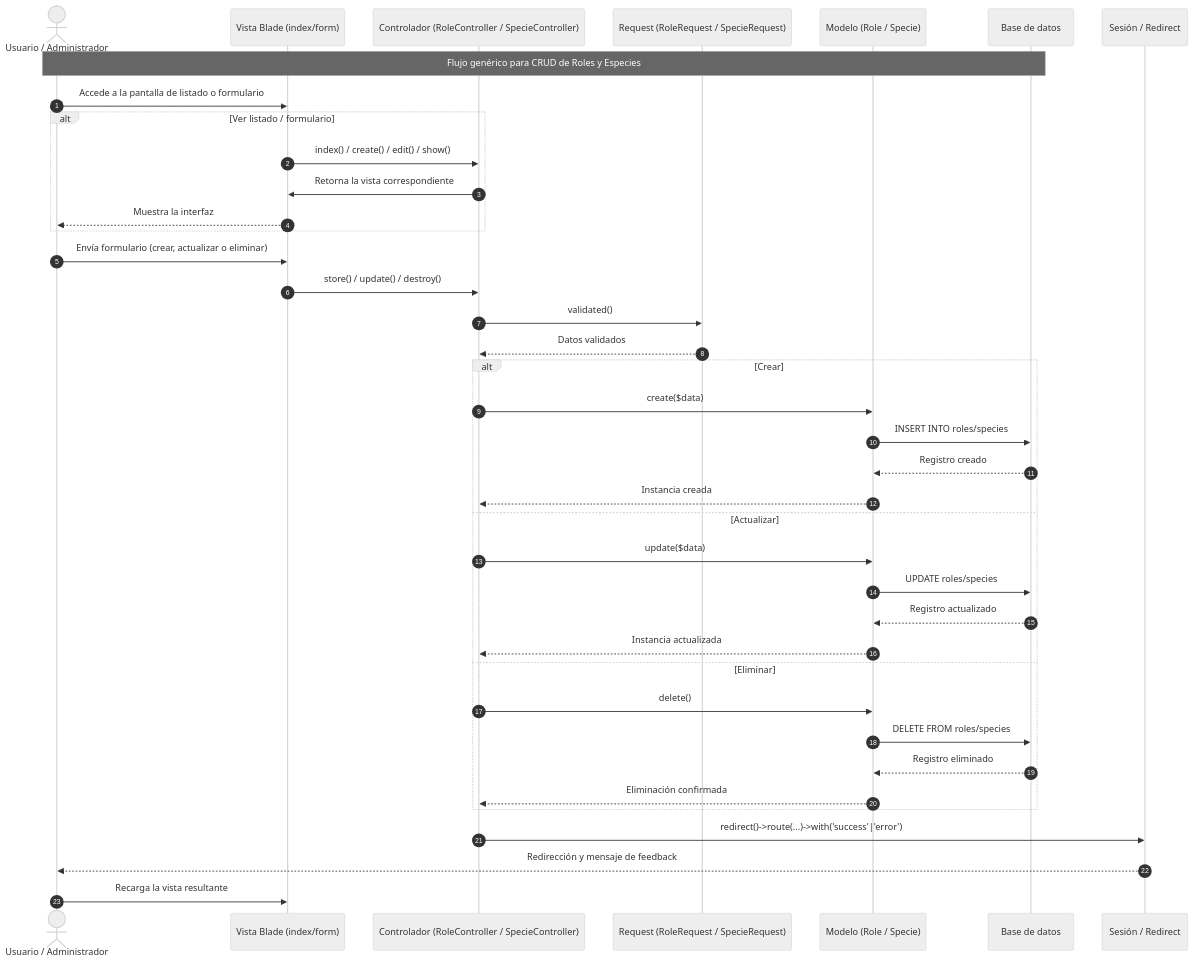
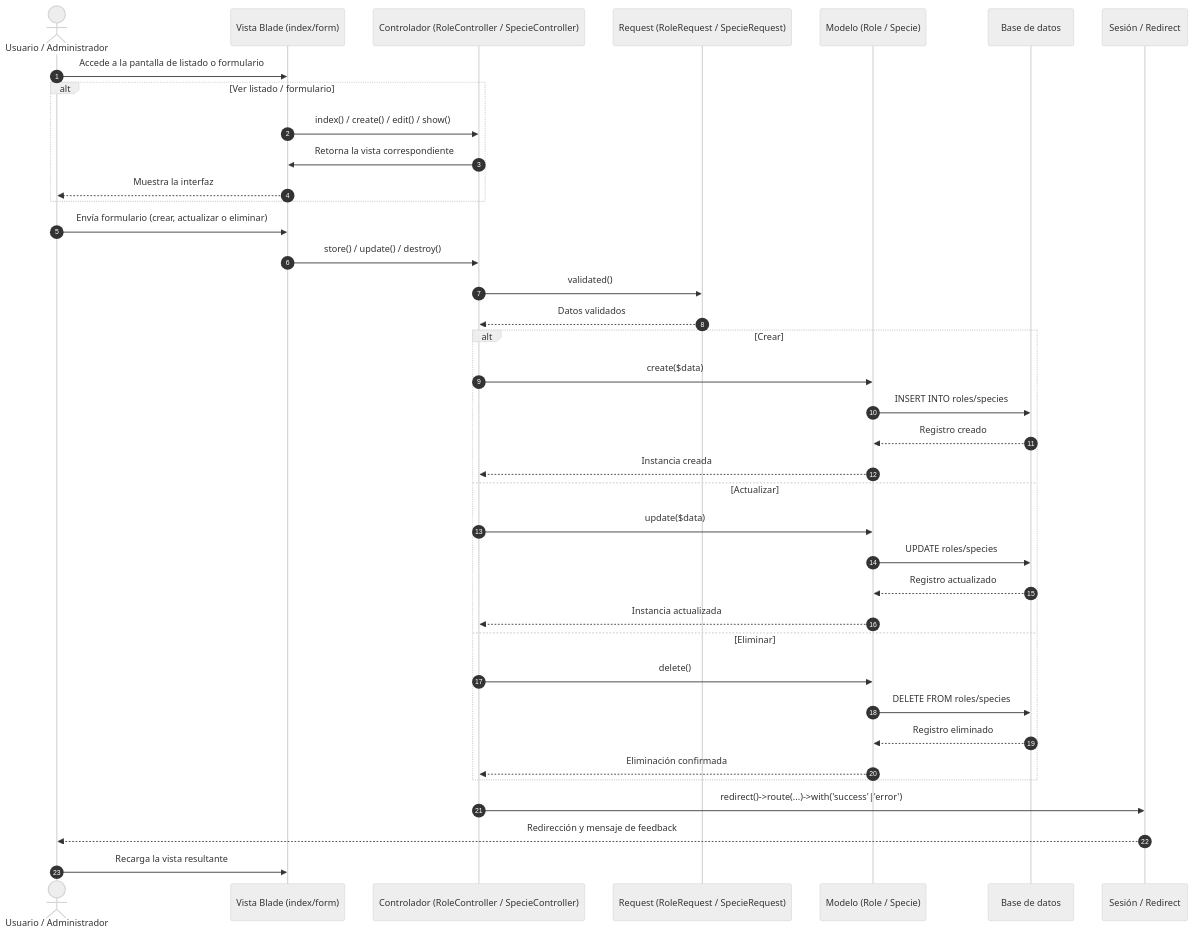
The diagram in docs/SeqDiag_CRUD.mmd (AgUsBF/parcial-2-ds-acn5bv-beceyro), drawn with Mermaid (neutral theme) before and after one commit. The commit also changed 6 other files, not shown here.

Commit message:
Docs: Agregado de diagramas mmd y limpieza de archivos png

```diff
--- a/docs/SeqDiag_CRUD.mmd
+++ b/docs/SeqDiag_CRUD.mmd
@@ -1,44 +1,42 @@
 sequenceDiagram
     autonumber
     actor Usuario as Usuario / Administrador
     participant Vista as Vista Blade (index/form)
     participant Controlador as Controlador (RoleController / SpecieController)
     participant Request as Request (RoleRequest / SpecieRequest)
     participant Modelo as Modelo (Role / Specie)
     participant DB as Base de datos
     participant Session as Sesión / Redirect
-
-    Note over Usuario,DB: Flujo genérico para CRUD de Roles y Especies
 
     Usuario->>Vista: Accede a la pantalla de listado o formulario
     alt Ver listado / formulario
         Vista->>Controlador: index() / create() / edit() / show()
         Controlador->>Vista: Retorna la vista correspondiente
         Vista-->>Usuario: Muestra la interfaz
     end
 
     Usuario->>Vista: Envía formulario (crear, actualizar o eliminar)
     Vista->>Controlador: store() / update() / destroy()
     Controlador->>Request: validated()
     Request-->>Controlador: Datos validados
 
     alt Crear
         Controlador->>Modelo: create($data)
         Modelo->>DB: INSERT INTO roles/species
         DB-->>Modelo: Registro creado
         Modelo-->>Controlador: Instancia creada
     else Actualizar
         Controlador->>Modelo: update($data)
         Modelo->>DB: UPDATE roles/species
         DB-->>Modelo: Registro actualizado
         Modelo-->>Controlador: Instancia actualizada
     else Eliminar
         Controlador->>Modelo: delete()
         Modelo->>DB: DELETE FROM roles/species
         DB-->>Modelo: Registro eliminado
         Modelo-->>Controlador: Eliminación confirmada
     end
 
     Controlador->>Session: redirect()->route(...)->with('success'|'error')
     Session-->>Usuario: Redirección y mensaje de feedback
     Usuario->>Vista: Recarga la vista resultante
```
